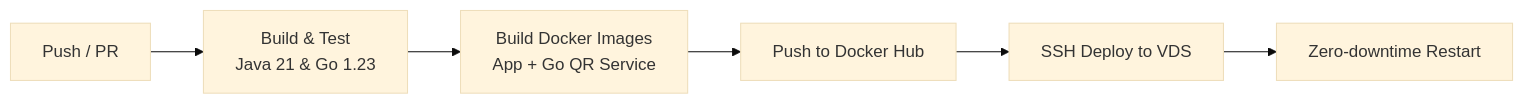
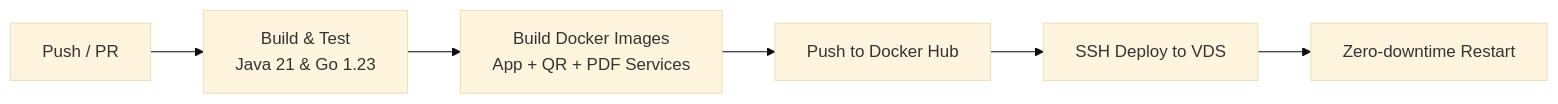
The second of 2 diagrams in README.md (AndreyJVM/portfolio-service), drawn with Mermaid (base theme) before and after one commit. The commit also changed other lines of this file and 17 other files, not shown here.

````diff
--- a/README.md
+++ b/README.md
@@ -222,8 +237,8 @@
 ```mermaid
 flowchart LR
     A[Push / PR] --> B[Build & Test<br/>Java 21 & Go 1.23]
-    B --> C[Build Docker Images<br/>App + Go QR Service]
+    B --> C[Build Docker Images<br/>App + QR + PDF Services]
     C --> D[Push to Docker Hub]
     D --> E[SSH Deploy to VDS]
     E --> F[Zero-downtime Restart]
 ```
````
